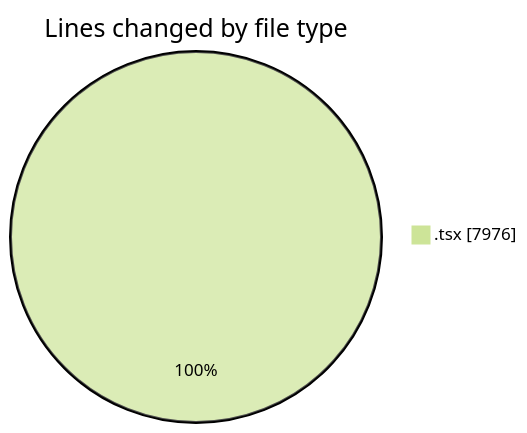
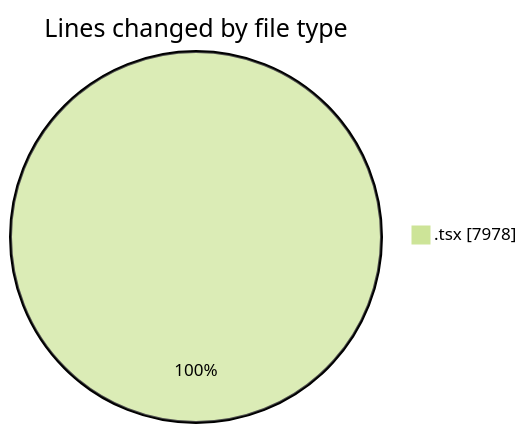
Before and after one commit to momahboobian/code-tracking: the first of 2 diagrams in 2025-12-04/cda/README.md, drawn with Mermaid (forest theme). The commit also changed other lines of this file and 1 other file, not shown here.

````diff
--- a/2025-12-04/cda/README.md
+++ b/2025-12-04/cda/README.md
@@ -29,5 +29,5 @@
 ```mermaid
 pie showData
 title Lines changed by file type
-".tsx" : 7976
+".tsx" : 7978
 ```
````
